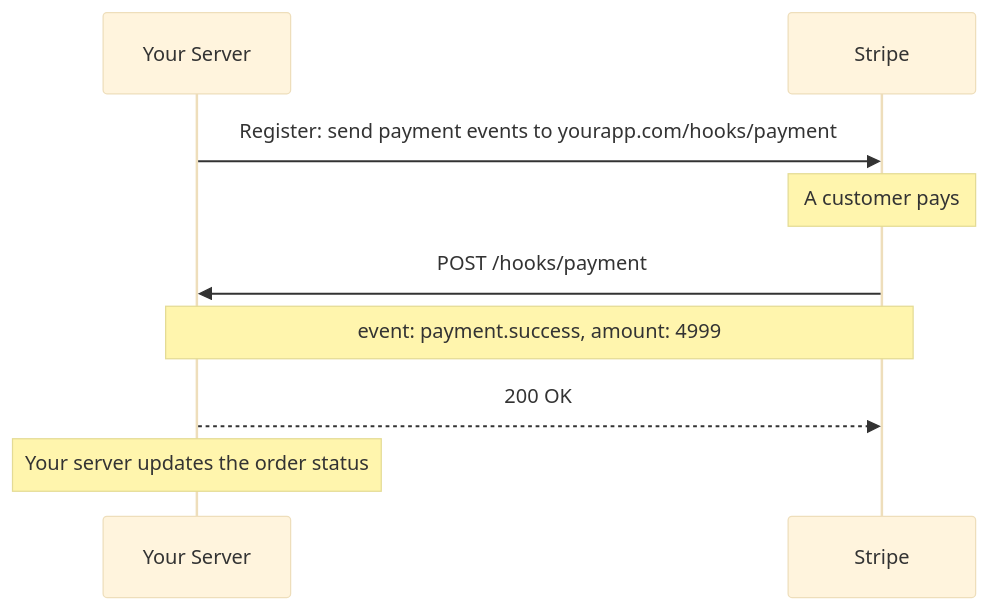
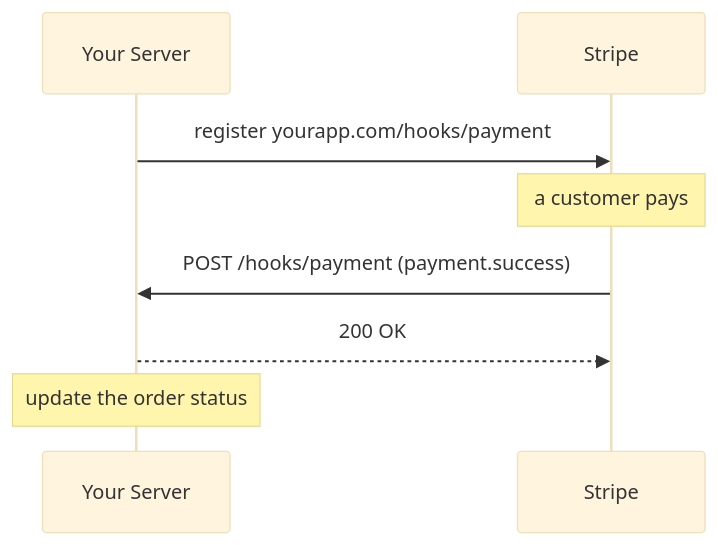
The third of 3 diagrams in 01-introduction/02-apis-and-communication/README.md (muhammedsiinanmp/system-design-mastery), drawn with Mermaid (base theme) before and after one commit. The commit also changed other lines of this file, not shown here.

````diff
--- a/01-introduction/02-apis-and-communication/README.md
+++ b/01-introduction/02-apis-and-communication/README.md
@@ -274,15 +161,10 @@
 ```mermaid
 sequenceDiagram
     participant Y as Your Server
     participant S as Stripe
-
-    Y->>S: Register: send payment events to yourapp.com/hooks/payment
-
-    Note over S: A customer pays
-
-    S->>Y: POST /hooks/payment
-    Note over S,Y: event: payment.success, amount: 4999
+    Y->>S: register yourapp.com/hooks/payment
+    Note over S: a customer pays
+    S->>Y: POST /hooks/payment (payment.success)
     Y-->>S: 200 OK
-
-    Note over Y: Your server updates the order status
+    Note over Y: update the order status
 ```
````
